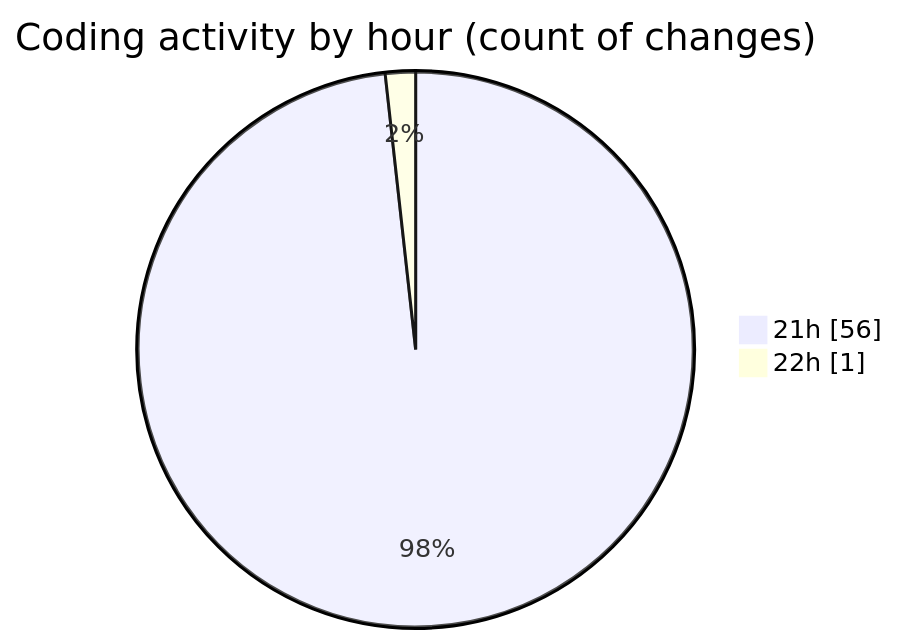
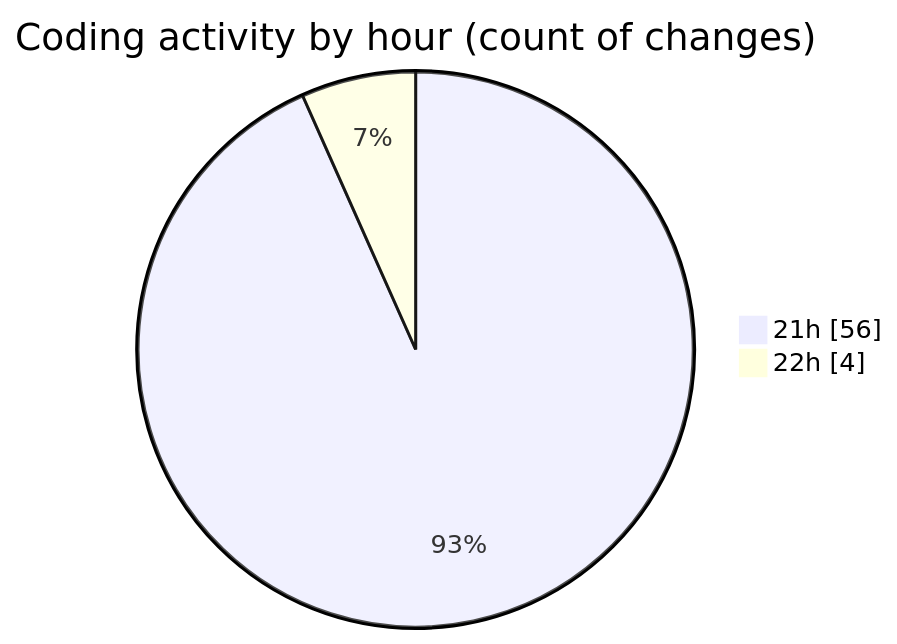
The second of 2 diagrams in 2025-03-26/echo/README.md (Netris89/code-tracking), drawn with Mermaid before and after one commit. The commit also changed other lines of this file and 1 other file, not shown here.

````diff
--- a/2025-03-26/echo/README.md
+++ b/2025-03-26/echo/README.md
@@ -34,6 +34,6 @@
 ```mermaid
 pie showData
 title Coding activity by hour (count of changes)
 "21h" : 56
-"22h" : 1
+"22h" : 4
 ```
````
